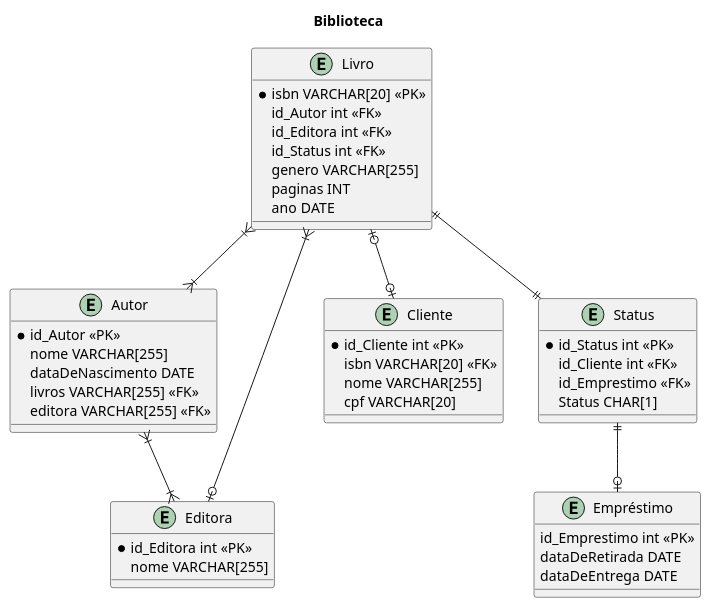
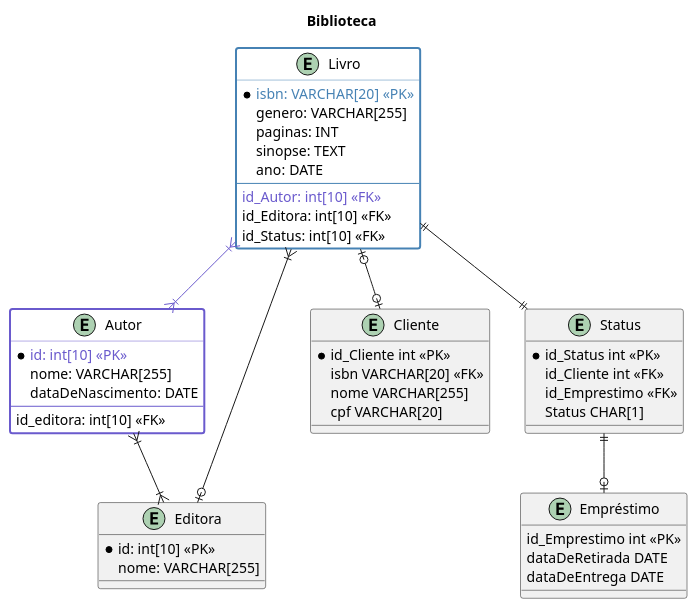
Before and after one commit to galaticghost/guieq.klarrind: the diagram in Modelagem/biblioteca.wsd, drawn with PlantUML. The commit also changed 14 other files, not shown here.

```diff
--- a/Modelagem/biblioteca.wsd
+++ b/Modelagem/biblioteca.wsd
@@ -1,54 +1,56 @@
 @startuml biblioteca
 title Biblioteca
 
-entity Livro{
-    *isbn VARCHAR[20] <<PK>>
-    id_Autor int <<FK>>
-    id_Editora int <<FK>>
-    id_Status int <<FK>>
-    genero VARCHAR[255]
-    paginas INT
-    ano DATE
+entity Livro #white;line.bold;line:SteelBlue{
+    *<color: SteelBlue>isbn: VARCHAR[20] <<PK>>
+    genero: VARCHAR[255]
+    paginas: INT
+    sinopse: TEXT
+    ano: DATE
+    --
+    <color: SlateBlue>id_Autor: int[10] <<FK>>
+    id_Editora: int[10] <<FK>>
+    id_Status: int[10] <<FK>>
 }
 
-entity Autor{
-    *id_Autor <<PK>>
-    nome VARCHAR[255]
-    dataDeNascimento DATE
-    livros VARCHAR[255] <<FK>>
-    editora VARCHAR[255] <<FK>>
+entity Autor #white;line.bold;line:Slateblue{
+    *<color: SlateBlue>id: int[10] <<PK>>
+    nome: VARCHAR[255]
+    dataDeNascimento: DATE
+    --
+    id_editora: int[10] <<FK>>
 }
 
 entity Editora{
-    *id_Editora int <<PK>>
-    nome VARCHAR[255]
+    *id: int[10] <<PK>>
+    nome: VARCHAR[255]
     
 }
 
 entity Cliente{
     *id_Cliente int <<PK>>
     isbn VARCHAR[20] <<FK>>
     nome VARCHAR[255]
     cpf VARCHAR[20]
 }
 
 entity Status{
     *id_Status int <<PK>>
     id_Cliente int <<FK>>
     id_Emprestimo <<FK>>
     Status CHAR[1]
 }
 
 entity Empréstimo{
     id_Emprestimo int <<PK>>
     dataDeRetirada DATE
     dataDeEntrega DATE    
 }
 
 Livro ||--|| Status
-Livro }|--|{ Autor
+Livro }|-[#SlateBlue]-|{ Autor
 Livro }|--o| Editora
 Livro |o--o| Cliente
 Autor }|--|{ Editora
 Status ||--o| Empréstimo
 @enduml
```
